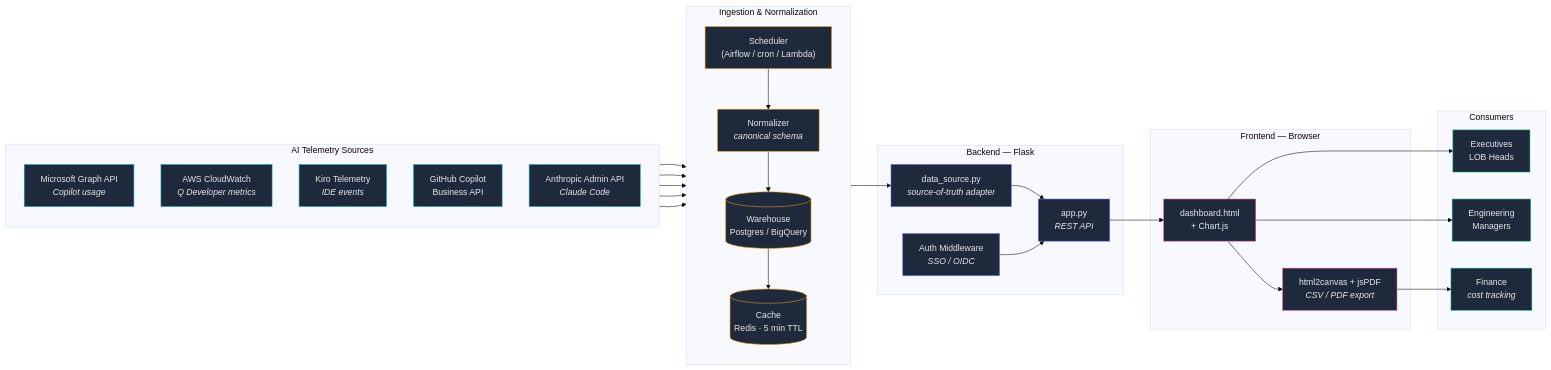
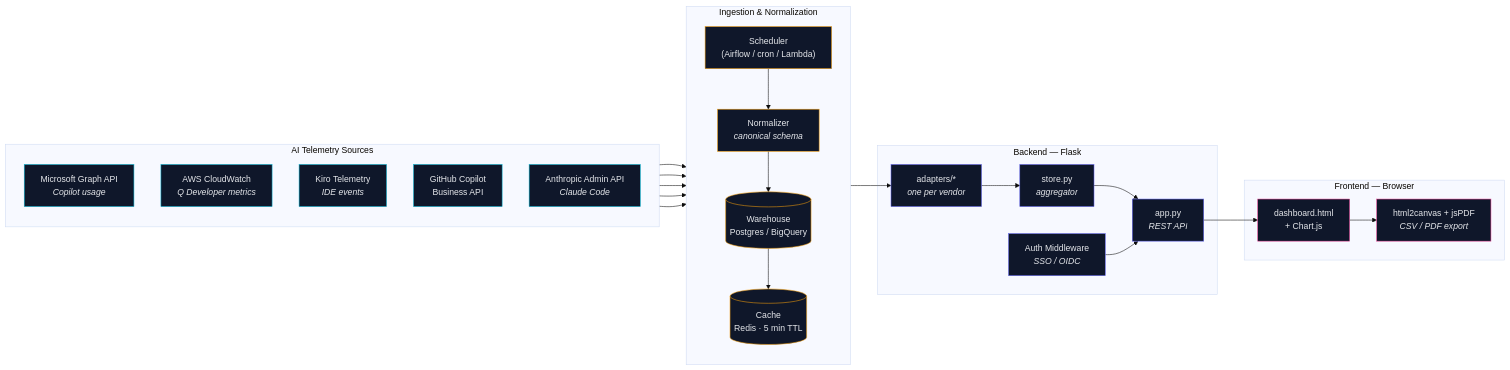
The third of 7 diagrams in ARCHITECTURE.md (skondappa/enterprise-ai-adoption-usage-dashboard), drawn with Mermaid (base theme) before and after one commit. The commit also changed other lines of this file, not shown here.

First line of the commit message:
docs: rewrite ARCHITECTURE diagrams for layperson readability

````diff
--- a/ARCHITECTURE.md
+++ b/ARCHITECTURE.md
@@ -12,64 +119,54 @@
 ```mermaid
 flowchart LR
     subgraph SRC["AI Telemetry Sources"]
         direction TB
         MS["Microsoft Graph API<br/><i>Copilot usage</i>"]
         AWS["AWS CloudWatch<br/><i>Q Developer metrics</i>"]
         KIRO["Kiro Telemetry<br/><i>IDE events</i>"]
         GH["GitHub Copilot<br/>Business API"]
         ANT["Anthropic Admin API<br/><i>Claude Code</i>"]
     end
 
     subgraph ETL["Ingestion & Normalization"]
         direction TB
         SCHED["Scheduler<br/>(Airflow / cron / Lambda)"]
         NORM["Normalizer<br/><i>canonical schema</i>"]
         STORE[("Warehouse<br/>Postgres / BigQuery")]
         CACHE[("Cache<br/>Redis · 5 min TTL")]
     end
 
     subgraph BACK["Backend — Flask"]
-        DS["data_source.py<br/><i>source-of-truth adapter</i>"]
+        DS["adapters/*<br/><i>one per vendor</i>"]
+        STOREPY["store.py<br/><i>aggregator</i>"]
         API["app.py<br/><i>REST API</i>"]
         AUTH["Auth Middleware<br/><i>SSO / OIDC</i>"]
     end
 
     subgraph FRONT["Frontend — Browser"]
         UI["dashboard.html<br/>+ Chart.js"]
         EXP["html2canvas + jsPDF<br/><i>CSV / PDF export</i>"]
-    end
-
-    subgraph USERS["Consumers"]
-        EXEC["Executives<br/>LOB Heads"]
-        MGR["Engineering<br/>Managers"]
-        FIN["Finance<br/><i>cost tracking</i>"]
     end
 
     MS  --> SCHED
     AWS --> SCHED
     KIRO --> SCHED
     GH  --> SCHED
     ANT --> SCHED
 
     SCHED --> NORM --> STORE
     STORE --> CACHE
     CACHE --> DS
-    DS    --> API
-    AUTH  --> API
-    API   --> UI
-    UI    --> EXP
-    UI    --> EXEC
-    UI    --> MGR
-    EXP   --> FIN
+    DS --> STOREPY --> API
+    AUTH --> API
+    API --> UI
+    UI --> EXP
 
-    classDef src   fill:#1e293b,stroke:#06b6d4,color:#e5e7eb
-    classDef etl   fill:#1e293b,stroke:#f59e0b,color:#e5e7eb
-    classDef back  fill:#1e293b,stroke:#6366f1,color:#e5e7eb
-    classDef front fill:#1e293b,stroke:#ec4899,color:#e5e7eb
-    classDef user  fill:#1e293b,stroke:#10b981,color:#e5e7eb
+    classDef src   fill:#0f172a,stroke:#06b6d4,color:#e5e7eb
+    classDef etl   fill:#0f172a,stroke:#f59e0b,color:#e5e7eb
+    classDef back  fill:#0f172a,stroke:#6366f1,color:#e5e7eb
+    classDef front fill:#0f172a,stroke:#ec4899,color:#e5e7eb
     class MS,AWS,KIRO,GH,ANT src
     class SCHED,NORM,STORE,CACHE etl
-    class DS,API,AUTH back
+    class DS,STOREPY,API,AUTH back
     class UI,EXP front
-    class EXEC,MGR,FIN user
 ```
````
